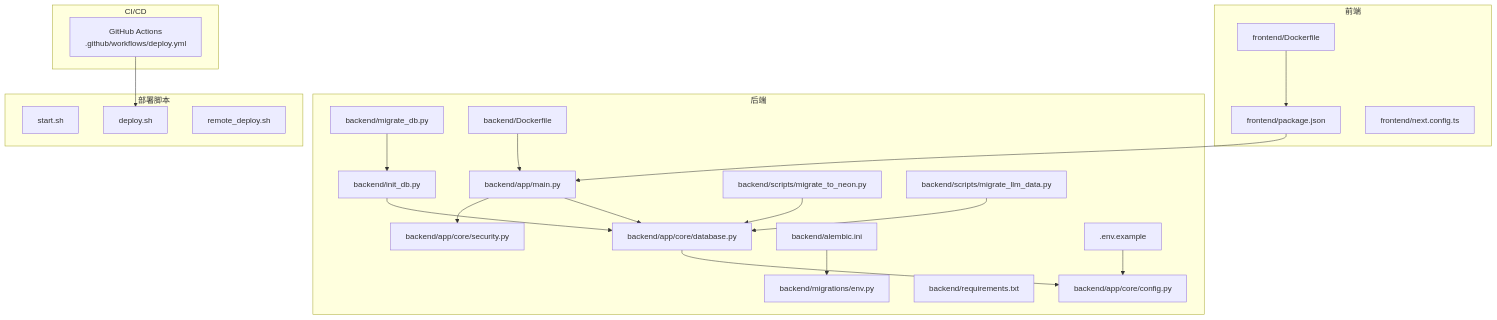
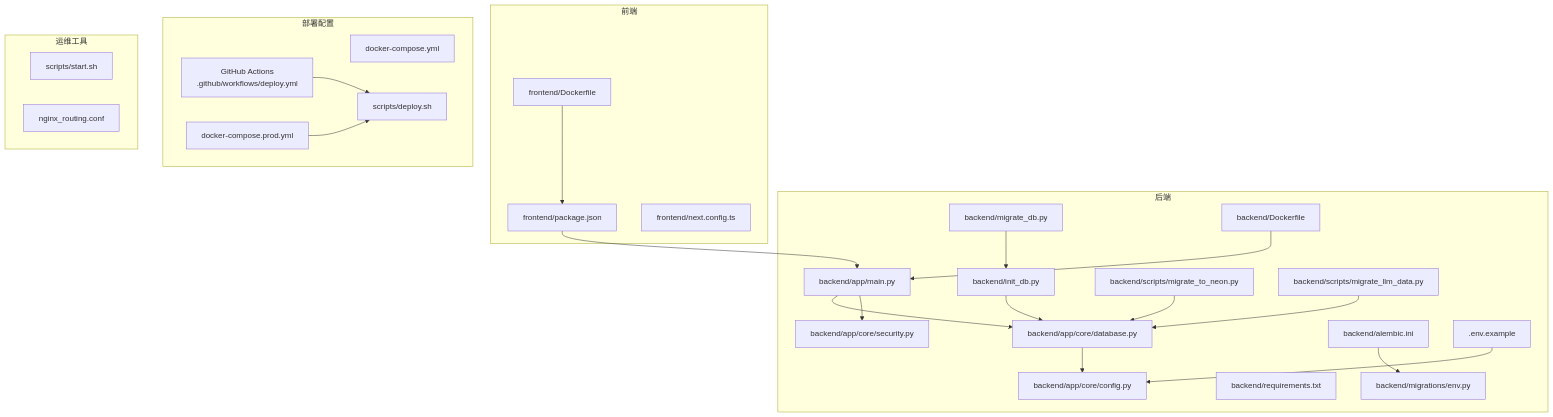
One commit to breeze-lyf/ai-stock-advisor changed the first of 3 diagrams in .qoder/repowiki/zh/content/部署与运维/部署与运维.md. Above: the diagram before and after it, drawn with Mermaid. The commit also changed other lines of this file and 10 other files, not shown here.

Commit message:
docs: Update AI analysis service documentation and refine GitHub Actions deployment workflow.

````diff
--- a/.qoder/repowiki/zh/content/部署与运维/部署与运维.md
+++ b/.qoder/repowiki/zh/content/部署与运维/部署与运维.md
@@ -62,45 +65,49 @@
 ```mermaid
 graph TB
 subgraph "后端"
 MAIN["backend/app/main.py"]
 CFG["backend/app/core/config.py"]
 DB["backend/app/core/database.py"]
 SEC["backend/app/core/security.py"]
 REQ["backend/requirements.txt"]
 INITDB["backend/init_db.py"]
 MIGRATE["backend/migrate_db.py"]
 ALEMBIC["backend/alembic.ini"]
 MIGENV["backend/migrations/env.py"]
 NEONMIG["backend/scripts/migrate_to_neon.py"]
 LLMMIG["backend/scripts/migrate_llm_data.py"]
 BD["backend/Dockerfile"]
 ENV["backend/.env"]
 end
 subgraph "前端"
 PKG["frontend/package.json"]
 NEXTCFG["frontend/next.config.ts"]
 FD["frontend/Dockerfile"]
 end
-subgraph "部署脚本"
-START["start.sh"]
-DEPLOY["deploy.sh"]
-RDEPLOY["remote_deploy.sh"]
+subgraph "部署配置"
+DC["docker-compose.yml"]
+DCP["docker-compose.prod.yml"]
+GHA["GitHub Actions<br/>.github/workflows/deploy.yml"]
+DEPLOY["scripts/deploy_compose_prod.sh"]
 end
-subgraph "CI/CD"
-GHA["GitHub Actions<br/>.github/workflows/deploy.yml"]
+subgraph "运维工具"
+START["scripts/start.sh"]
+DEPLOY["scripts/deploy.sh"]
+NGINX["nginx_routing.conf"]
 end
 ENV[".env.example"]
 MAIN --> DB
 MAIN --> SEC
 DB --> CFG
 INITDB --> DB
 MIGRATE --> INITDB
 ALEMBIC --> MIGENV
 NEONMIG --> DB
 LLMMIG --> DB
 PKG --> MAIN
 ENV --> CFG
 BD --> MAIN
 FD --> PKG
 GHA --> DEPLOY
+DCP --> DEPLOY
 ```
````
